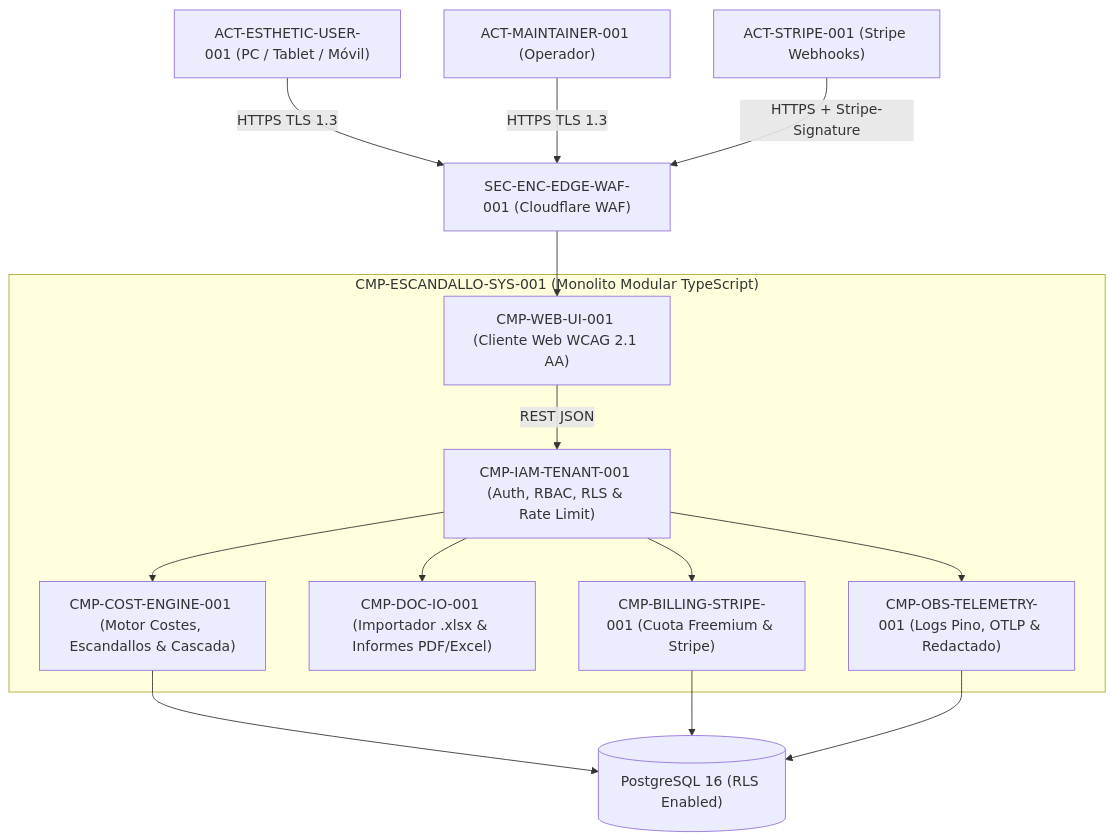
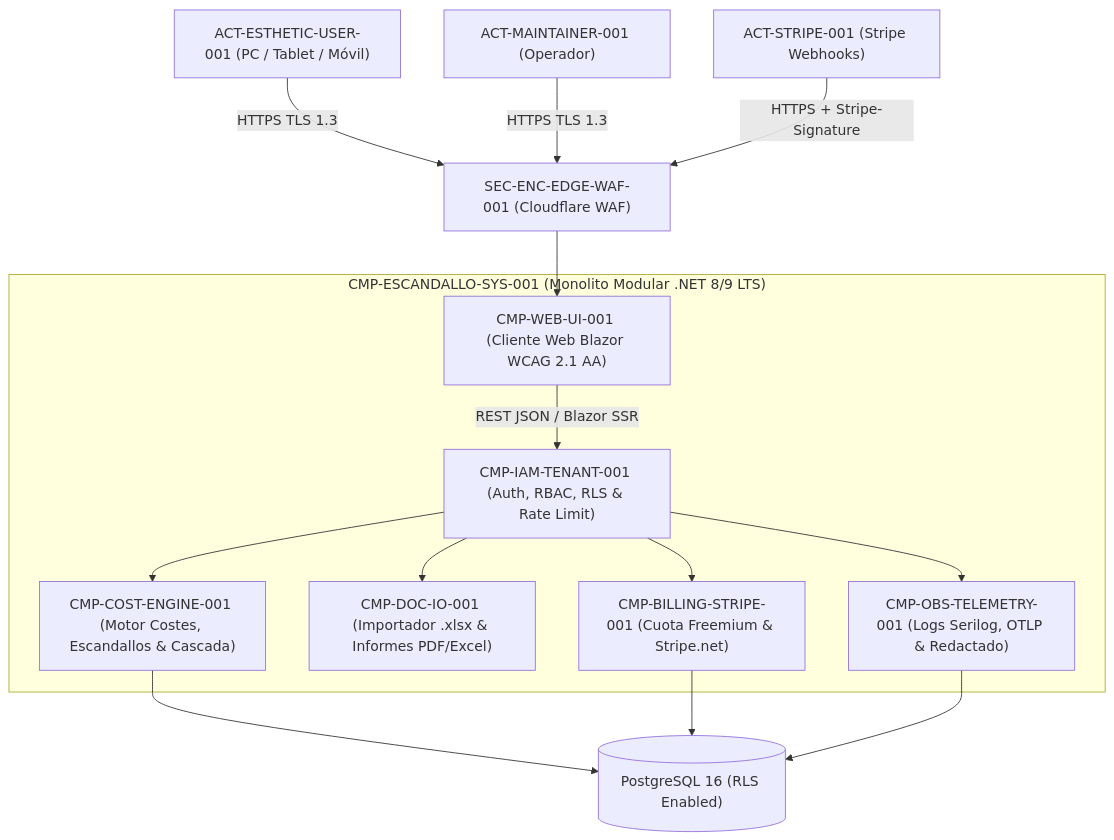
One commit to altromon/Escandallo changed the diagram in specs/architecture/components/cmp-escandallo-sys-001.md. Above: the diagram before and after it, drawn with Mermaid. The commit also changed other lines of this file and 8263 other files, not shown here.

Commit message:
feat(release): complete Escandallo.Web UI, PostgreSQL 16 RLS schema, Docker deployment, and SDD integration (chg-001-escandallo-mvp)

````diff
--- a/specs/architecture/components/cmp-escandallo-sys-001.md
+++ b/specs/architecture/components/cmp-escandallo-sys-001.md
@@ -53,25 +54,25 @@
 ```mermaid
 graph TD
     User["ACT-ESTHETIC-USER-001 (PC / Tablet / Móvil)"] -->|HTTPS TLS 1.3| WAF["SEC-ENC-EDGE-WAF-001 (Cloudflare WAF)"]
     Maintainer["ACT-MAINTAINER-001 (Operador)"] -->|HTTPS TLS 1.3| WAF
     Stripe["ACT-STRIPE-001 (Stripe Webhooks)"] -->|HTTPS + Stripe-Signature| WAF
 
-    subgraph SYS["CMP-ESCANDALLO-SYS-001 (Monolito Modular TypeScript)"]
-        UI["CMP-WEB-UI-001 (Cliente Web WCAG 2.1 AA)"]
+    subgraph SYS["CMP-ESCANDALLO-SYS-001 (Monolito Modular .NET 8/9 LTS)"]
+        UI["CMP-WEB-UI-001 (Cliente Web Blazor WCAG 2.1 AA)"]
         IAM["CMP-IAM-TENANT-001 (Auth, RBAC, RLS & Rate Limit)"]
         ENGINE["CMP-COST-ENGINE-001 (Motor Costes, Escandallos & Cascada)"]
         DOC["CMP-DOC-IO-001 (Importador .xlsx & Informes PDF/Excel)"]
-        BILL["CMP-BILLING-STRIPE-001 (Cuota Freemium & Stripe)"]
-        OBS["CMP-OBS-TELEMETRY-001 (Logs Pino, OTLP & Redactado)"]
+        BILL["CMP-BILLING-STRIPE-001 (Cuota Freemium & Stripe.net)"]
+        OBS["CMP-OBS-TELEMETRY-001 (Logs Serilog, OTLP & Redactado)"]
     end
 
     WAF --> UI
-    UI -->|REST JSON| IAM
+    UI -->|REST JSON / Blazor SSR| IAM
     IAM --> ENGINE
     IAM --> DOC
     IAM --> BILL
     IAM --> OBS
     ENGINE --> DB[("PostgreSQL 16 (RLS Enabled)")]
     BILL --> DB
     OBS --> DB
 ```
````
